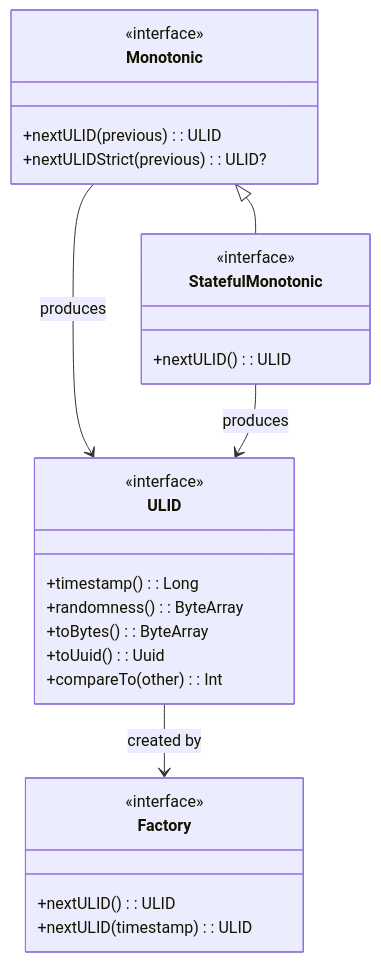
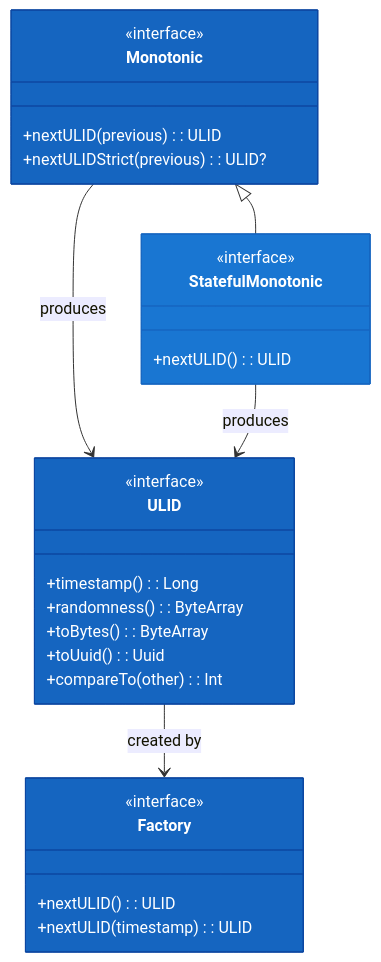
Before and after one commit to bluetape4k/bluetape4k-projects: the fourth of 5 diagrams in utils/idgenerators/README.md, drawn with Mermaid. The commit also changed other lines of this file and 221 other files, not shown here.

First line of the commit message:
docs: 전체 모듈 README UML 다이어그램 보강 및 색상 업그레이드

````diff
--- a/utils/idgenerators/README.md
+++ b/utils/idgenerators/README.md
@@ -212,30 +237,35 @@
 ```mermaid
 classDiagram
     class ULID {
         <<interface>>
         +timestamp(): Long
         +randomness(): ByteArray
         +toBytes(): ByteArray
         +toUuid(): Uuid
         +compareTo(other): Int
     }
     class Factory {
         <<interface>>
         +nextULID(): ULID
         +nextULID(timestamp): ULID
     }
     class Monotonic {
         <<interface>>
         +nextULID(previous): ULID
         +nextULIDStrict(previous): ULID?
     }
     class StatefulMonotonic {
         <<interface>>
         +nextULID(): ULID
     }
 
     ULID --> Factory : created by
     Monotonic --> ULID : produces
     StatefulMonotonic --> ULID : produces
     Monotonic <|-- StatefulMonotonic
+
+    style ULID fill:#1565C0,stroke:#0D47A1,color:#FFFFFF
+    style Factory fill:#1565C0,stroke:#0D47A1,color:#FFFFFF
+    style Monotonic fill:#1565C0,stroke:#0D47A1,color:#FFFFFF
+    style StatefulMonotonic fill:#1976D2,stroke:#1565C0,color:#FFFFFF
 ```
````
